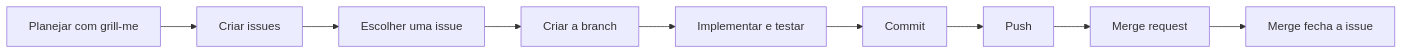
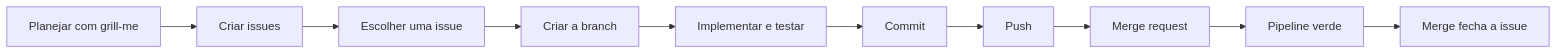
The diagram in docs/development-workflow.md (supermercado-baratao/cotacoes), drawn with Mermaid before and after one commit. The commit also changed other lines of this file and 2 other files, not shown here.

First line of the commit message:
⚙️ ci: add gitlab merge request pipeline

````diff
--- a/docs/development-workflow.md
+++ b/docs/development-workflow.md
@@ -5,11 +5,12 @@
 ```mermaid
 flowchart LR
   A[Planejar com grill-me] --> B[Criar issues]
   B --> C[Escolher uma issue]
   C --> D[Criar a branch]
   D --> E[Implementar e testar]
   E --> F[Commit]
   F --> G[Push]
   G --> H[Merge request]
-  H --> I[Merge fecha a issue]
+  H --> CI[Pipeline verde]
+  CI --> I[Merge fecha a issue]
 ```
````
